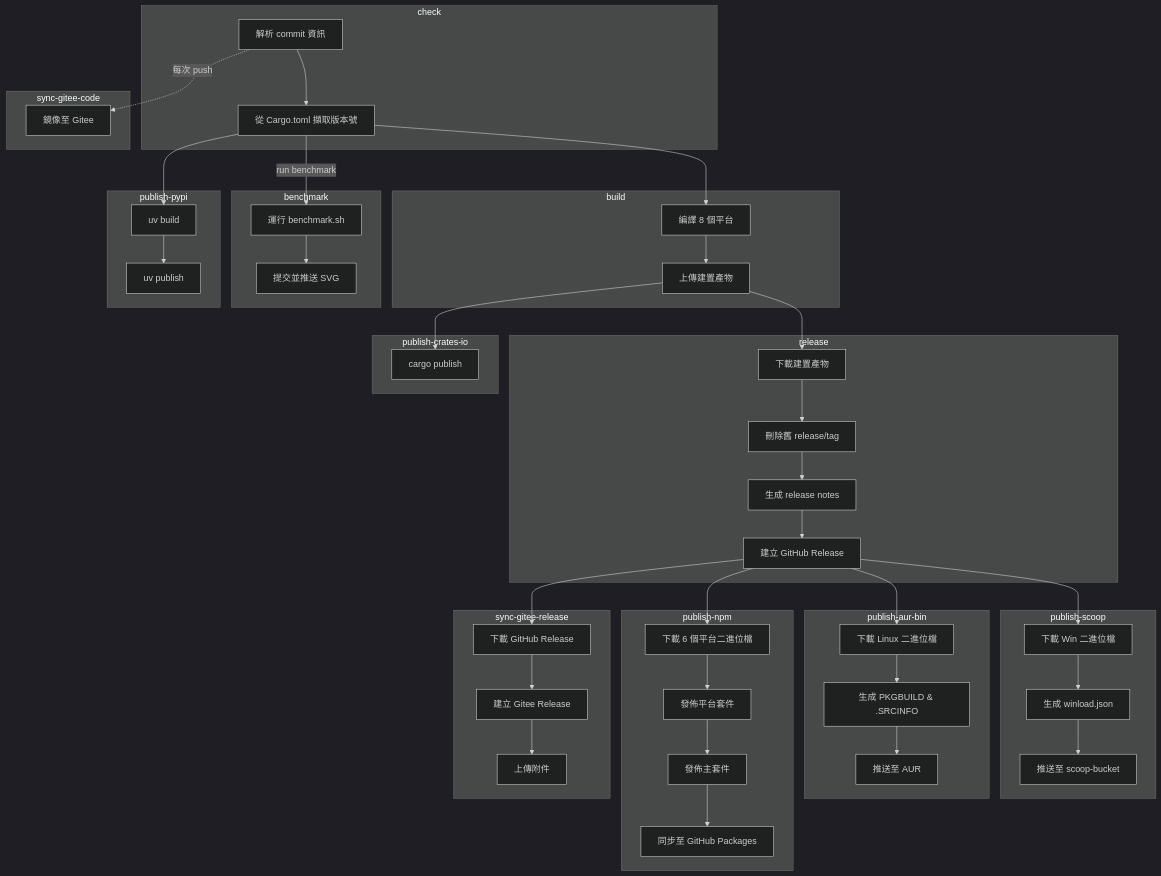
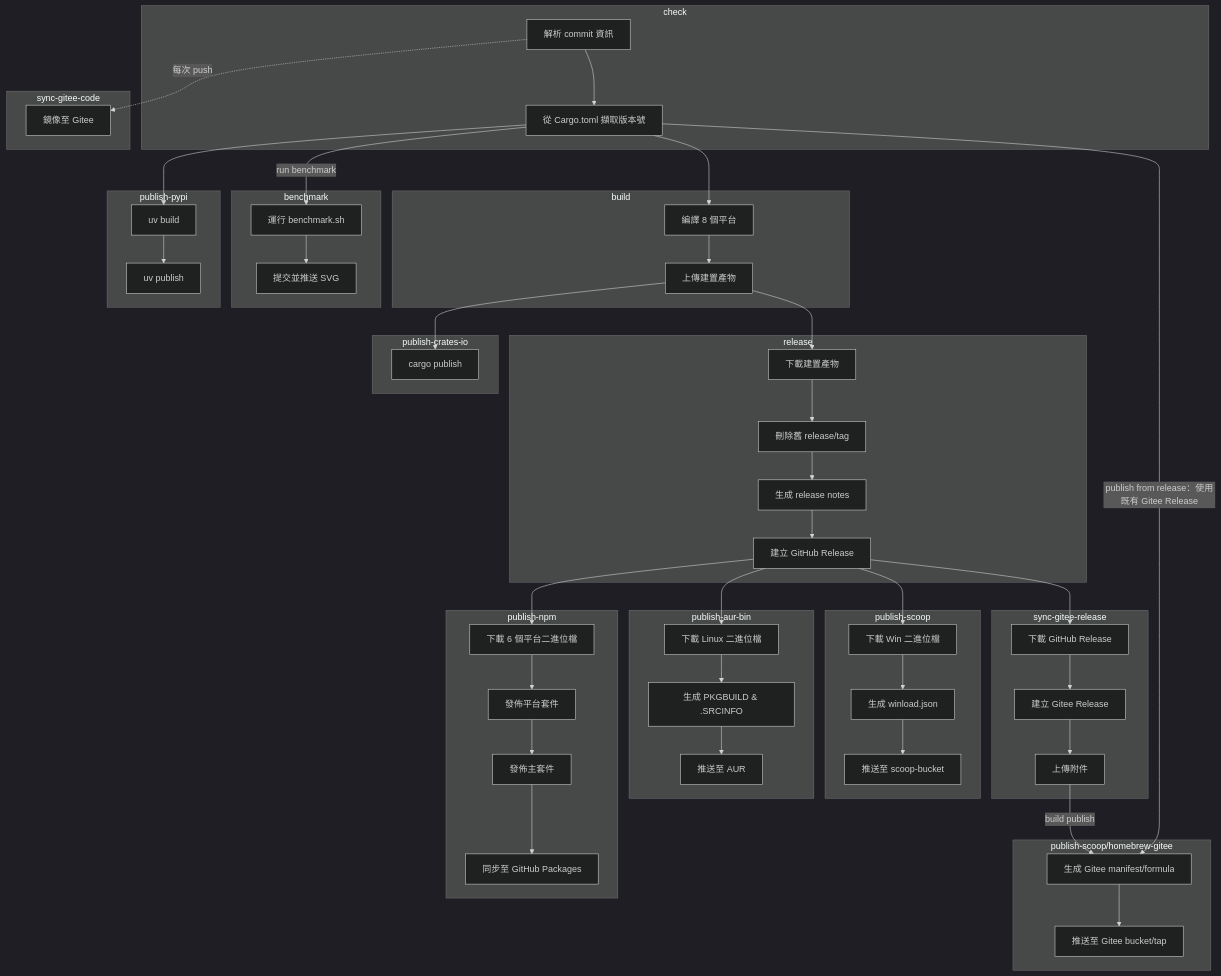
Before and after one commit to VincentZyuApps/winload: the diagram in .github/workflows/build.zh-tw.md, drawn with Mermaid (dark theme). The commit also changed other lines of this file and 13 other files, not shown here.

First line of the commit message:
release: 准备 v0.1.12-rc.1 并调整 Gitee 发布链路

````diff
--- a/.github/workflows/build.zh-tw.md
+++ b/.github/workflows/build.zh-tw.md
@@ -175,6 +176,11 @@
         S1[下載 Win 二進位檔]
         S2[生成 winload.json]
         S3[推送至 scoop-bucket]
+    end
+
+    subgraph giteePackage["publish-scoop/homebrew-gitee"]
+        G1[生成 Gitee manifest/formula]
+        G2[推送至 Gitee bucket/tap]
     end
     
     subgraph aur["publish-aur-bin"]
@@ -229,4 +235,7 @@
     N1 --> N2 --> N3 --> N4
     R4 --> SR1
     SR1 --> SR2 --> SR3
+    SR3 --"build publish"--> G1
+    C2 --"publish from release：使用既有 Gitee Release"--> G1
+    G1 --> G2
 ```
````
